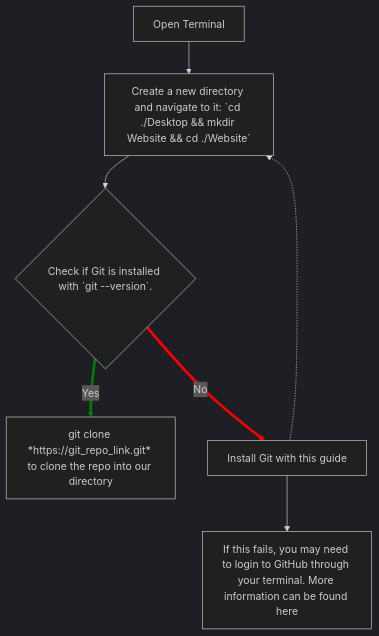
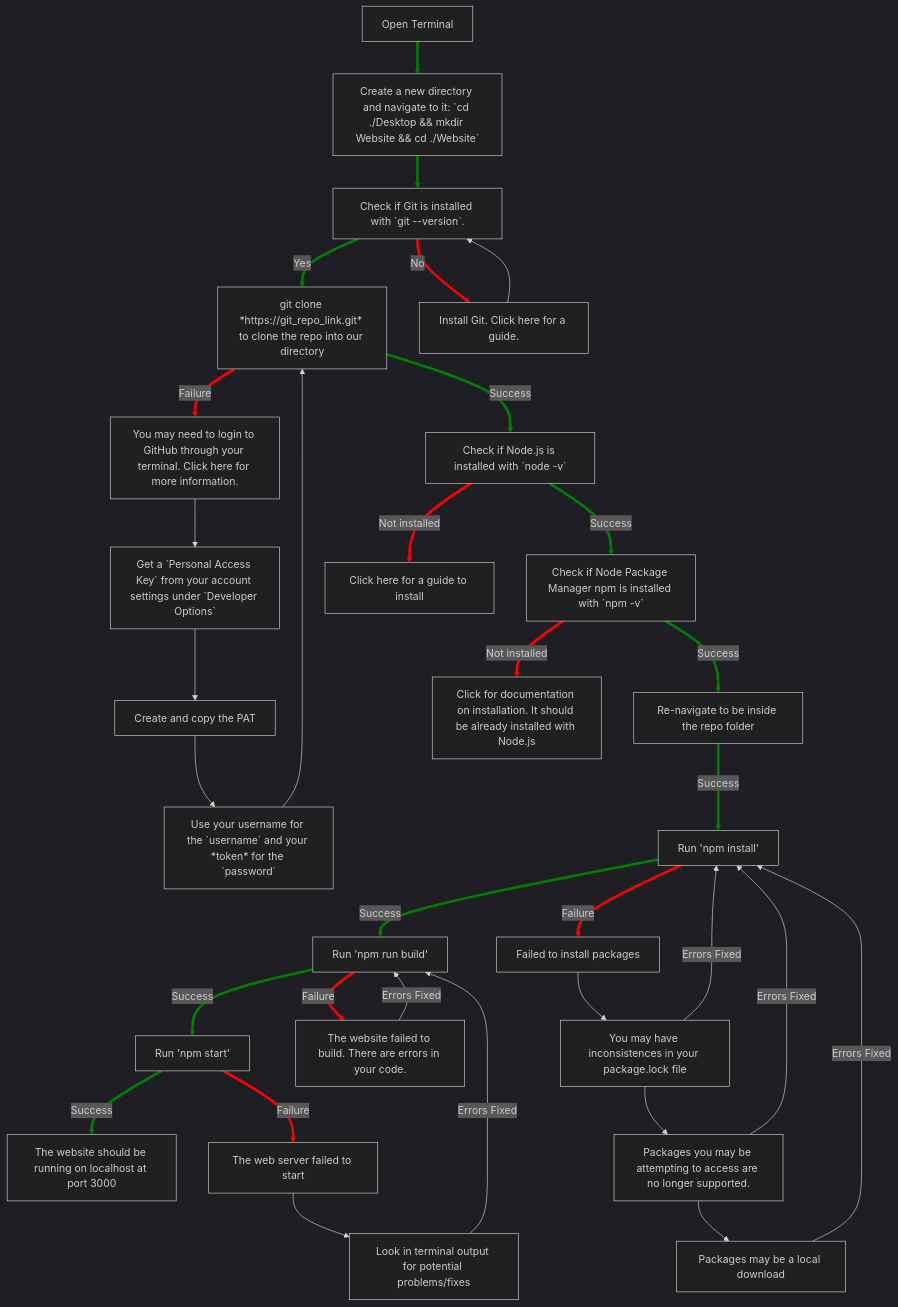
One commit to cecilsmith/custom-nextjs-template changed the diagram in README.md. Above: the diagram before and after it, drawn with Mermaid (dark theme). The commit also changed other lines of this file, not shown here.

Commit message:
Added flow chart for debugging

````diff
--- a/README.md
+++ b/README.md
@@ -39,13 +39,58 @@
 ```mermaid
 flowchart TD
    A[Open Terminal] --> B[Create a new directory and navigate to it: `cd ./Desktop && mkdir Website && cd ./Website`];
-   B --> C{Check if Git is installed with `git --version`.};
+   B --> C[Check if Git is installed with `git --version`.];
    C -- Yes --> D[git clone *https://git_repo_link.git* to clone the repo into our directory];
-   C -- No --> E[Install Git with this guide];
-   E -.-> B;
-   E --> F[If this fails, you may need to login to GitHub through your terminal. More information can be found here];
+   C -- No --> E[Install Git. Click here for a guide.];
+   E --> C;
+   D -- Success --> G[Check if Node.js is installed with `node -v`];
+   D -- Failure --> F[You may need to login to GitHub through your terminal. Click here for more information.];
+   F --> U[Get a `Personal Access Key` from your account settings under `Developer Options`];
+   U --> V[Create and copy the PAT];
+   V --> W[Use your username for the `username` and your *token* for the `password`];
+   W --> D;
+   G -- Success --> H[Check if Node Package Manager npm is installed with `npm -v`];
+   G -- Not installed --> X[Click here for a guide to install];
+   H -- Success --> I[Re-navigate to be inside the repo folder];
+   H -- Not installed --> N[Click for documentation on installation. It should be already installed with Node.js];
+   I -- Success --> J[Run 'npm install'];
+   J -- Success --> K[Run 'npm run build'];
+   K -- Success --> L[Run 'npm start'];
+   K -- Failure --> O[The website failed to build. There are errors in your code.];
+   O -- Errors Fixed --> K;
+   L -- Success --> M[The website should be running on localhost at port 3000];
+   L -- Failure --> Z[The web server failed to start];
+   Z --> T[Look in terminal output for potential problems/fixes];
+   T -- Errors Fixed --> K;
+   J -- Failure --> P[Failed to install packages];
+   P --> Q[You may have inconsistences in your package.lock file];
+   Q -- Errors Fixed --> J;
+   Q --> R[Packages you may be attempting to access are no longer supported.];
+   R -- Errors Fixed --> J;
+   R --> S[Packages may be a local download];
+   S -- Errors Fixed --> J;
+   
    click E href "https://git-scm.com/book/en/v2/Getting-Started-Installing-Git";
    click F href "https://docs.github.com/en/authentication/keeping-your-account-and-data-secure/creating-a-personal-access-token";
+   click N href "https://nodejs.dev/learn/how-to-install-nodejs";
+   click X href "https://nodejs.dev/learn/how-to-install-nodejs";
+   
+   linkStyle 0 stroke:green,stroke-width:4px;
+   linkStyle 1 stroke:green,stroke-width:4px;
    linkStyle 2 stroke:green,stroke-width:4px;
    linkStyle 3 stroke:red,stroke-width:4px;
+   linkStyle 5 stroke:green,stroke-width:4px;
+   linkStyle 6 stroke:red,stroke-width:4px;
+   linkStyle 11 stroke:green,stroke-width:4px;
+   linkStyle 13 stroke:green,stroke-width:4px;
+   linkStyle 15 stroke:green,stroke-width:4px;
+   linkStyle 16 stroke:green,stroke-width:4px;
+   linkStyle 17 stroke:green,stroke-width:4px;
+   linkStyle 20 stroke:green,stroke-width:4px;
+   
+   linkStyle 12 stroke:red,stroke-width:4px;
+   linkStyle 14 stroke:red,stroke-width:4px;
+   linkStyle 18 stroke:red,stroke-width:4px;
+   linkStyle 21 stroke:red,stroke-width:4px;
+   linkStyle 24 stroke:red,stroke-width:4px;
 ```
````
